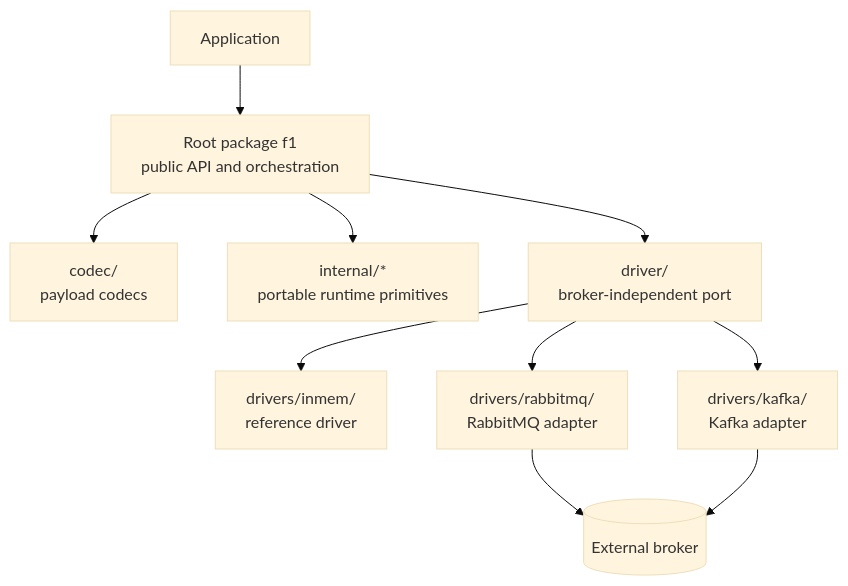
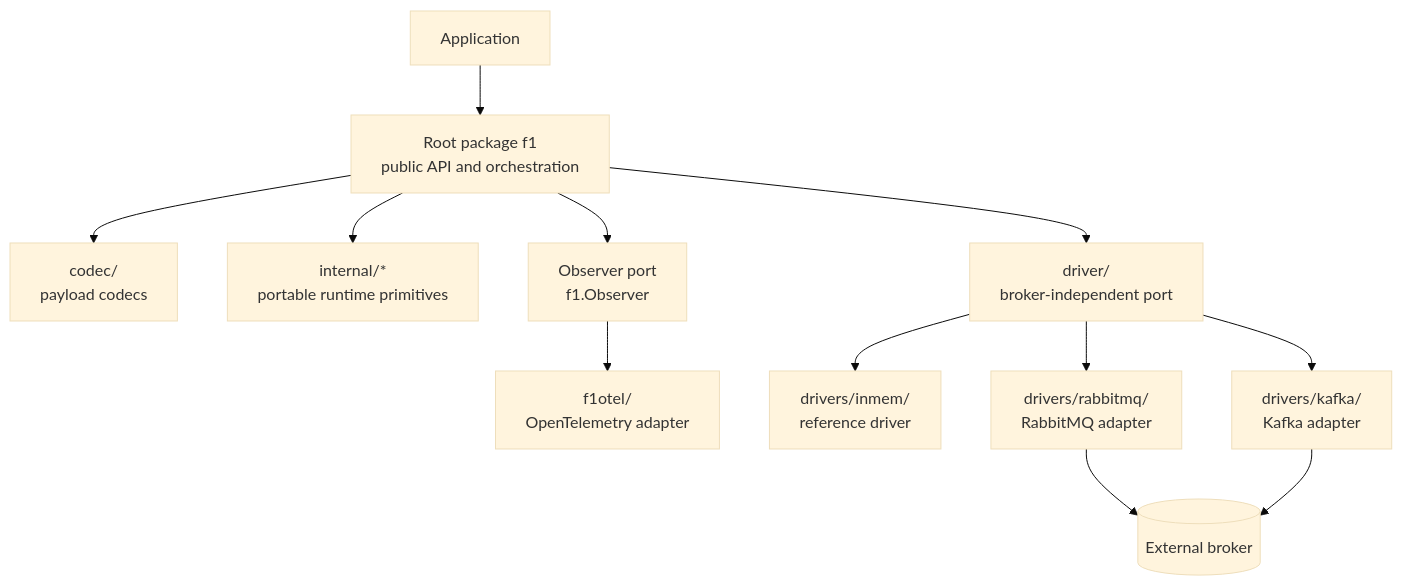
The first of 4 diagrams in docs/development/architecture.md (bktrung/edm_sdk), drawn with Mermaid (base theme) before and after one commit. The commit also changed other lines of this file and 207 other files, not shown here.

First line of the commit message:
feat(f1otel): add observer events, opentelemetry metrics and weighted scheduling

````diff
--- a/docs/development/architecture.md
+++ b/docs/development/architecture.md
@@ -13,22 +13,26 @@
 ```mermaid
 flowchart TB
     APP[Application]
     CORE[Root package f1<br/>public API and orchestration]
     CODEC[codec/<br/>payload codecs]
     INTERNAL[internal/*<br/>portable runtime primitives]
     PORT[driver/<br/>broker-independent port]
+    OBS[Observer port<br/>f1.Observer]
+    OTEL[f1otel/<br/>OpenTelemetry adapter]
     INMEM[drivers/inmem/<br/>reference driver]
     RABBIT[drivers/rabbitmq/<br/>RabbitMQ adapter]
     KAFKA[drivers/kafka/<br/>Kafka adapter]
     BROKER[(External broker)]
 
     APP --> CORE
     CORE --> CODEC
     CORE --> INTERNAL
     CORE --> PORT
+    CORE --> OBS
+    OBS --> OTEL
     PORT --> INMEM
     PORT --> RABBIT
     PORT --> KAFKA
     RABBIT --> BROKER
     KAFKA --> BROKER
 ```
````
